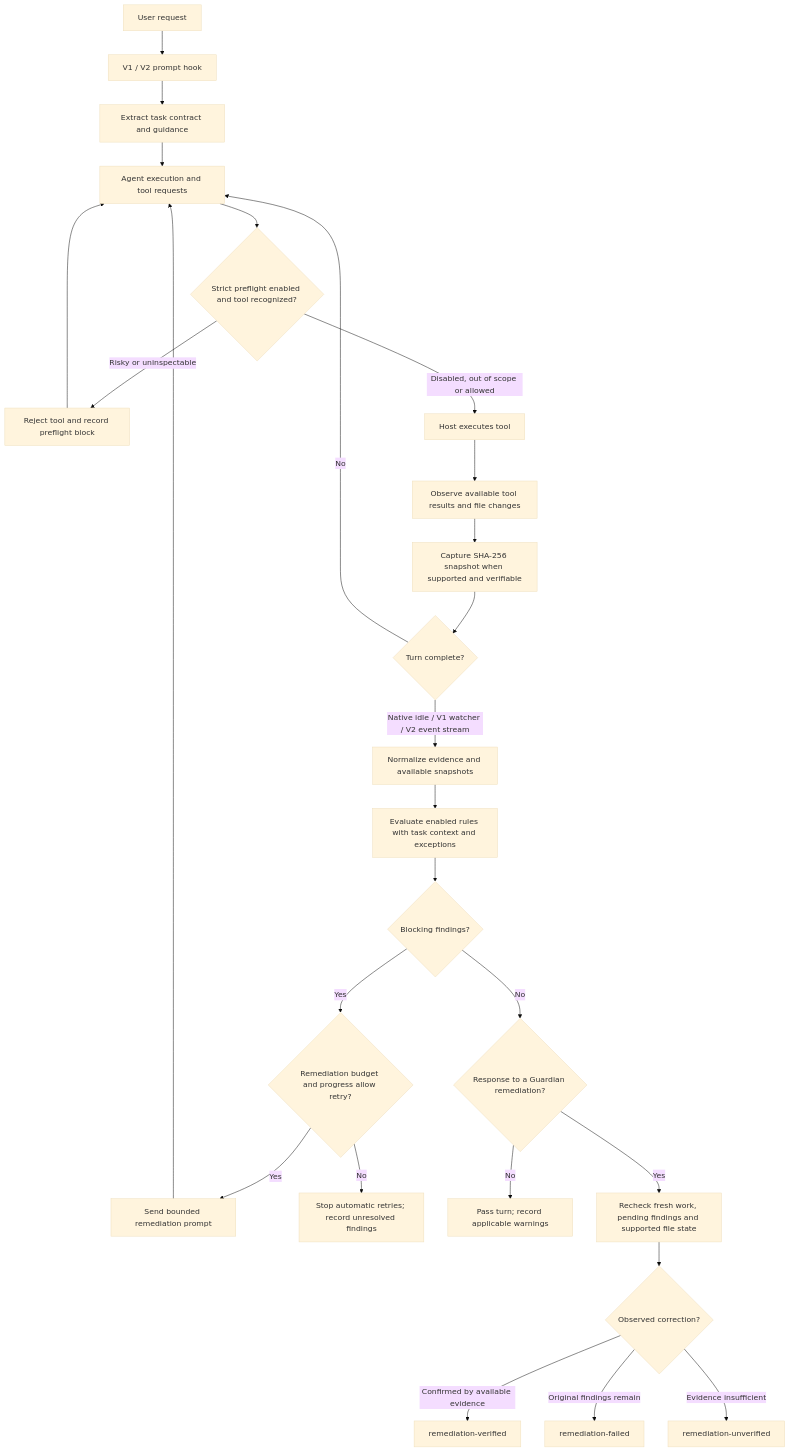
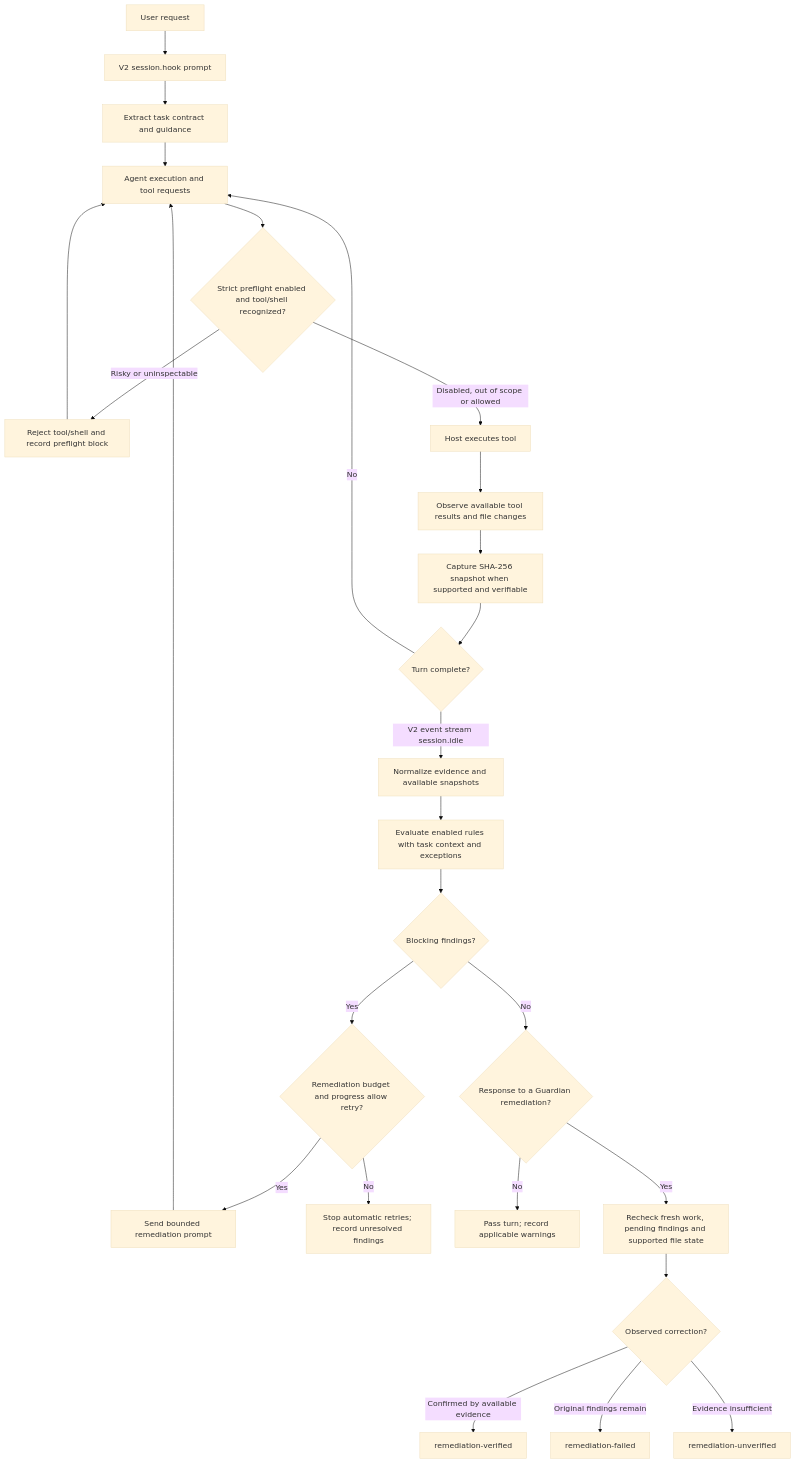
One commit to huseyincig/opencode-guardian changed the first of 2 diagrams in README.md. Above: the diagram before and after it, drawn with Mermaid (base theme). The commit also changed other lines of this file and 92 other files, not shown here.

Commit message:
release: v0.15.0 — pure opencode v2.3.0 architecture and end of v1 support

````diff
--- a/README.md
+++ b/README.md
@@ -372,32 +354,32 @@
 ```mermaid
 flowchart TD
-    User[User request] --> Hook[V1 / V2 prompt hook]
+    User[User request] --> Hook[V2 session.hook prompt]
     Hook --> Contract[Extract task contract and guidance]
     Contract --> Agent[Agent execution and tool requests]
 
-    Agent --> Preflight{Strict preflight enabled and tool recognized?}
-    Preflight -->|Risky or uninspectable| Denied[Reject tool and record preflight block]
+    Agent --> Preflight{Strict preflight enabled and tool/shell recognized?}
+    Preflight -->|Risky or uninspectable| Denied[Reject tool/shell and record preflight block]
     Denied --> Agent
     Preflight -->|Disabled, out of scope or allowed| Execution[Host executes tool]
 
     Execution --> Observe[Observe available tool results and file changes]
     Observe --> Snapshot[Capture SHA-256 snapshot when supported and verifiable]
     Snapshot --> Complete{Turn complete?}
     Complete -->|No| Agent
-    Complete -->|Native idle / V1 watcher / V2 event stream| Evidence[Normalize evidence and available snapshots]
+    Complete -->|V2 event stream session.idle| Evidence[Normalize evidence and available snapshots]
     Evidence --> Rules[Evaluate enabled rules with task context and exceptions]
     Rules --> Findings{Blocking findings?}
 
     Findings -->|Yes| Budget{Remediation budget and progress allow retry?}
     Budget -->|Yes| Remediate[Send bounded remediation prompt]
     Remediate --> Agent
     Budget -->|No| Unresolved[Stop automatic retries; record unresolved findings]
 
     Findings -->|No| FollowUp{Response to a Guardian remediation?}
     FollowUp -->|No| Pass[Pass turn; record applicable warnings]
     FollowUp -->|Yes| Verify[Recheck fresh work, pending findings and supported file state]
     Verify --> Outcome{Observed correction?}
     Outcome -->|Confirmed by available evidence| Verified[remediation-verified]
     Outcome -->|Original findings remain| Failed[remediation-failed]
     Outcome -->|Evidence insufficient| Unverified[remediation-unverified]
 ```
````
